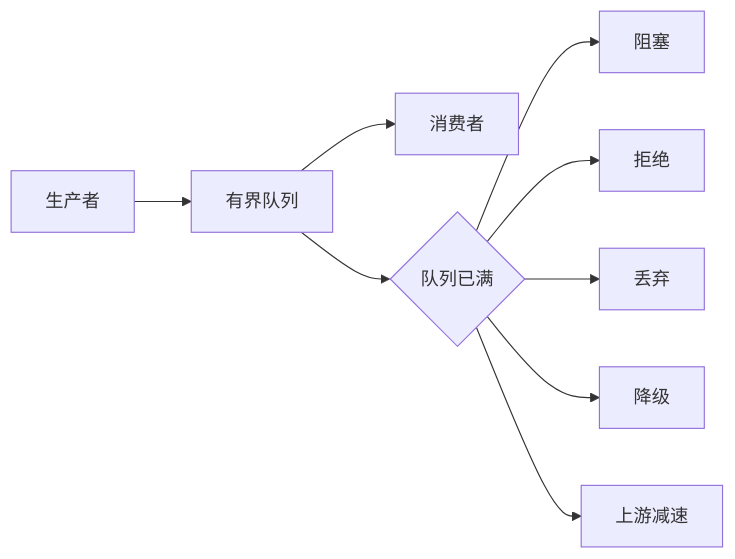
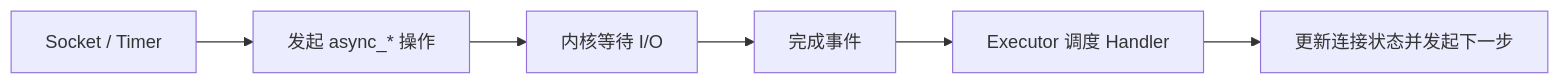
One commit to Fizgrad/fizgrad.github.io changed the fourth of 11 diagrams in blog/cpp_backend.md. Above: the diagram before and after it, drawn with Mermaid. The commit also changed other lines of this file and 1 other file, not shown here.

````diff
--- a/blog/cpp_backend.md
+++ b/blog/cpp_backend.md
@@ -1033,11 +662,8 @@
 ```mermaid
 flowchart LR
-    A["生产者"] --> B["有界队列"]
-    B --> C["消费者"]
-    B --> D{"队列已满"}
-    D --> E["阻塞"]
-    D --> F["拒绝"]
-    D --> G["丢弃"]
-    D --> H["降级"]
-    D --> I["上游减速"]
+    SOCKET["Socket / Timer"] --> OP["发起 async_* 操作"]
+    OP --> KERNEL["内核等待 I/O"]
+    KERNEL --> READY["完成事件"]
+    READY --> EXECUTOR["Executor 调度 Handler"]
+    EXECUTOR --> STATE["更新连接状态并发起下一步"]
 ```
````
